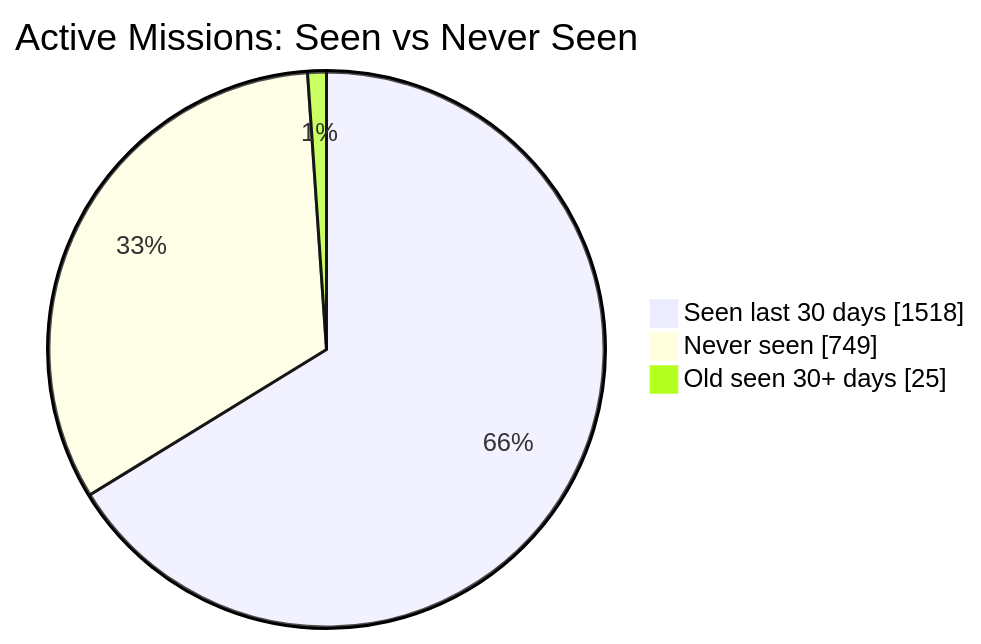
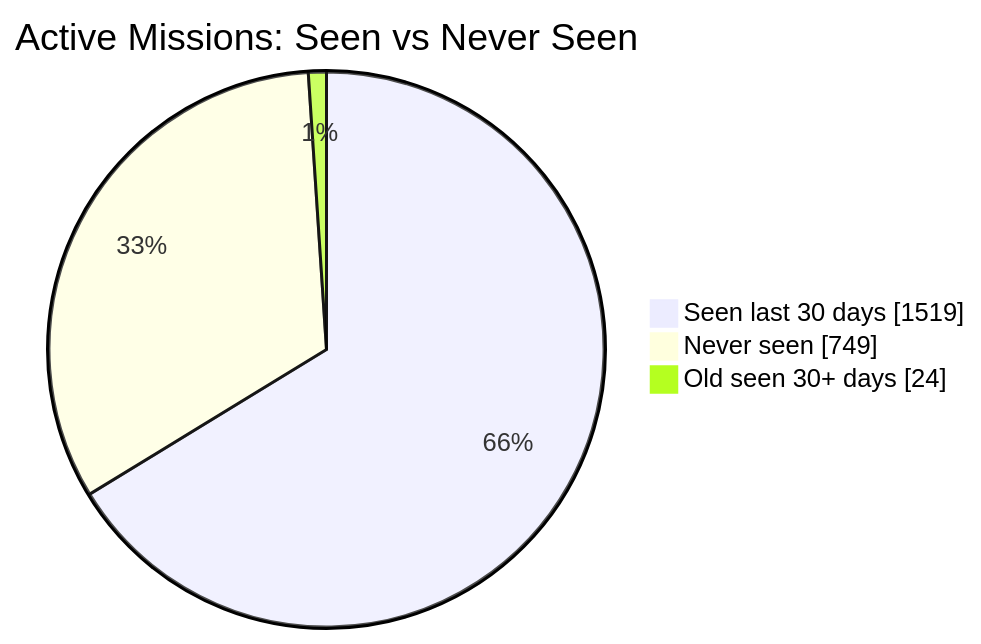
One commit to MeldkamerspelGameTeam/active-missions changed the first of 2 diagrams in README.md. Above: the diagram before and after it, drawn with Mermaid. The commit also changed other lines of this file and 3 other files, not shown here.

````diff
--- a/README.md
+++ b/README.md
@@ -34,7 +34,7 @@
 ```mermaid
 pie showData
     title Active Missions: Seen vs Never Seen
-    "Seen last 30 days" : 1518
+    "Seen last 30 days" : 1519
     "Never seen" : 749
-    "Old seen 30+ days" : 25
+    "Old seen 30+ days" : 24
 ```
````
